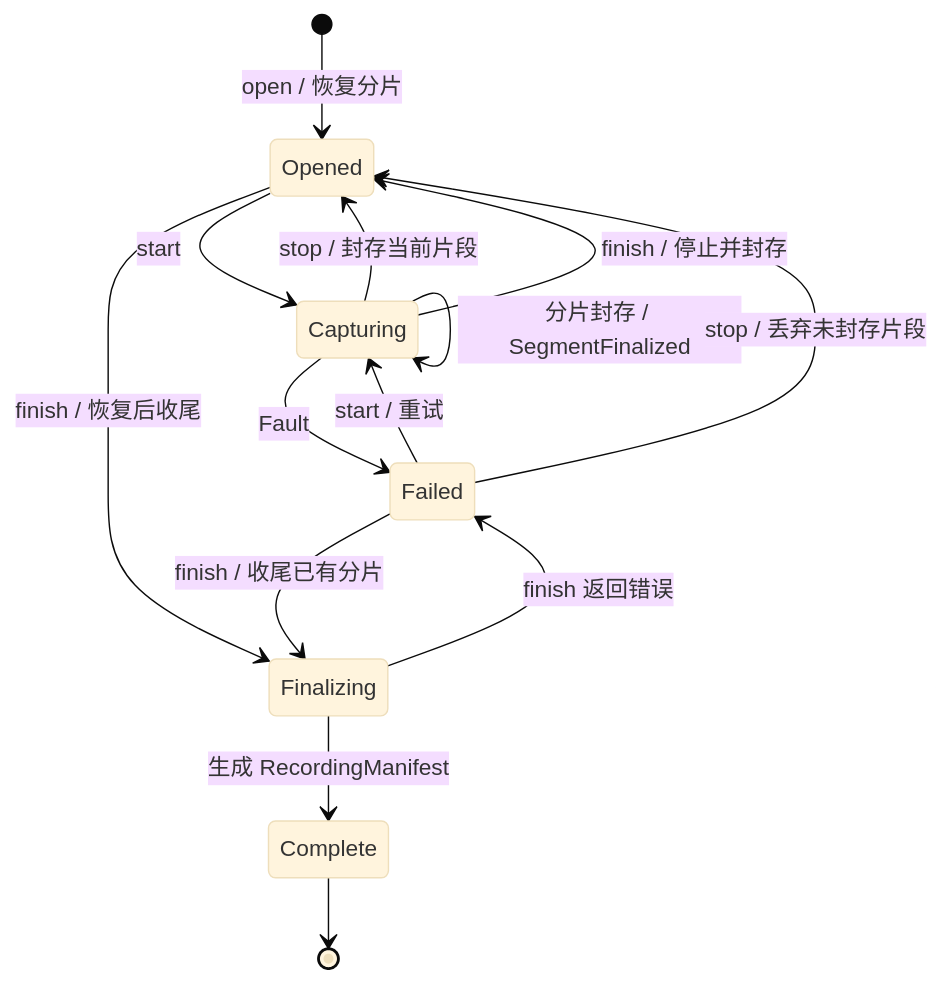
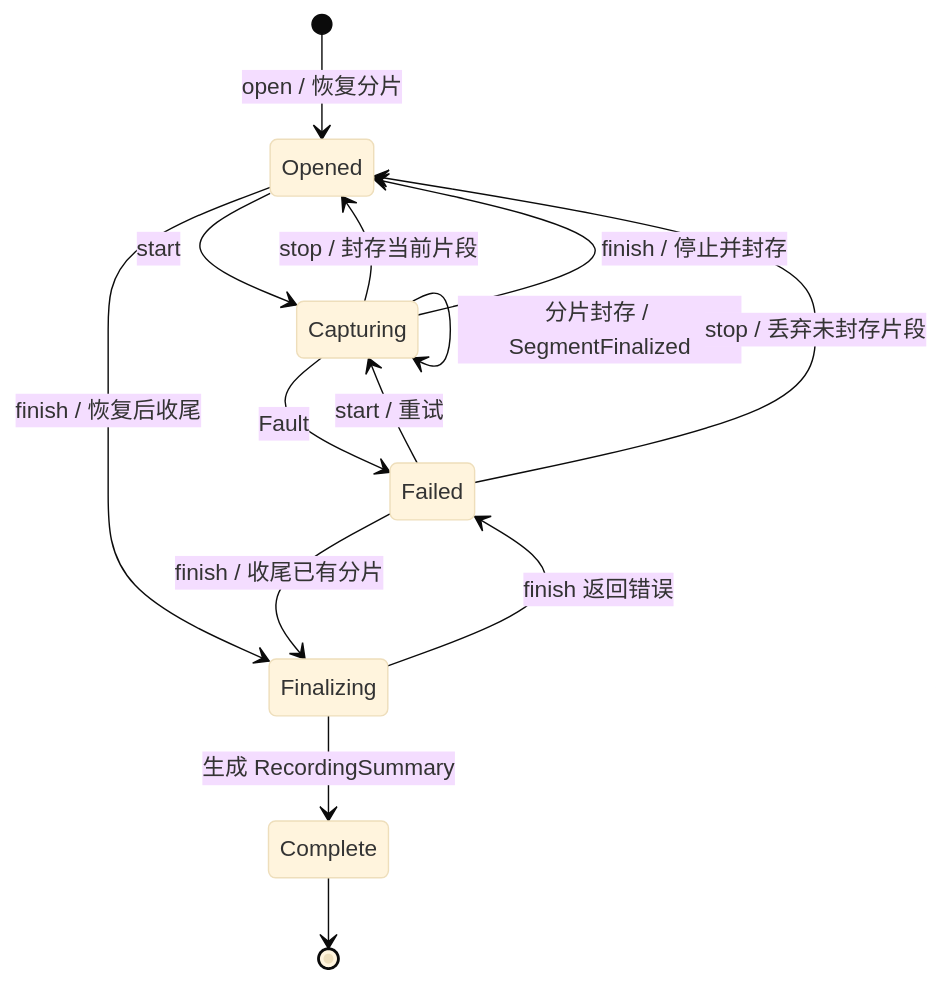
Before and after one commit to BUAA-OJ/CVBBMSO: the diagram in docs/design/crates/cvbbmso-recorder.md, drawn with Mermaid (base theme). The commit also changed other lines of this file and 6 other files, not shown here.

Commit message:
fix(recorder): deliver sealed segments before returning recording summary

````diff
--- a/docs/design/crates/cvbbmso-recorder.md
+++ b/docs/design/crates/cvbbmso-recorder.md
@@ -101,16 +96,16 @@
 ```mermaid
 stateDiagram-v2
     [*] --> Opened: open / 恢复分片
     Opened --> Capturing: start
     Capturing --> Capturing: 分片封存 / SegmentFinalized
     Capturing --> Opened: stop / 封存当前片段
     Capturing --> Opened: finish / 停止并封存
     Opened --> Finalizing: finish / 恢复后收尾
-    Finalizing --> Complete: 生成 RecordingManifest
+    Finalizing --> Complete: 生成 RecordingSummary
     Capturing --> Failed: Fault
     Finalizing --> Failed: finish 返回错误
     Failed --> Capturing: start / 重试
     Failed --> Finalizing: finish / 收尾已有分片
     Failed --> Opened: stop / 丢弃未封存片段
     Complete --> [*]
 ```
````
